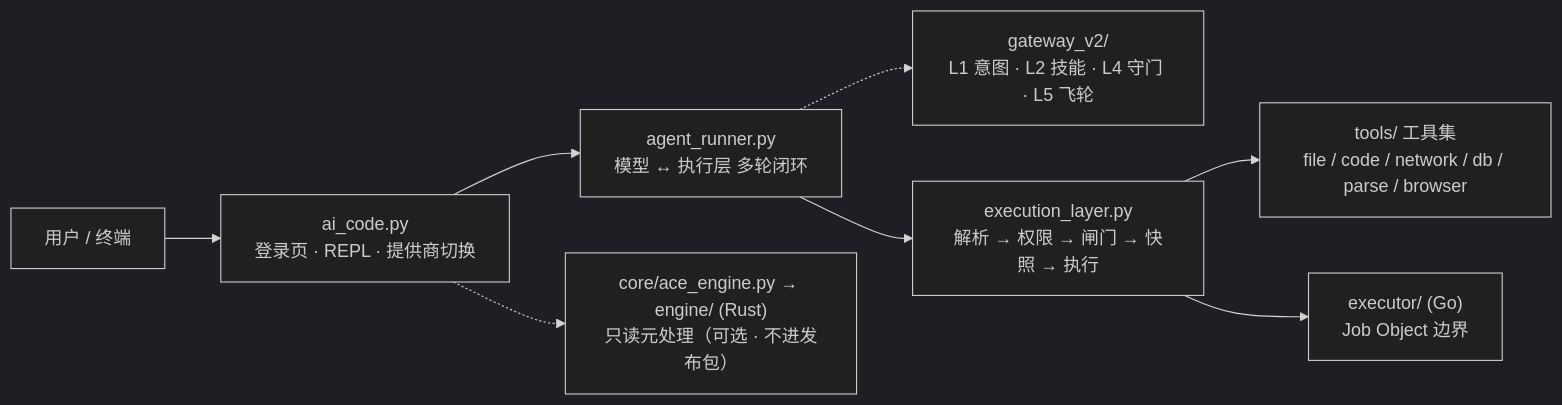
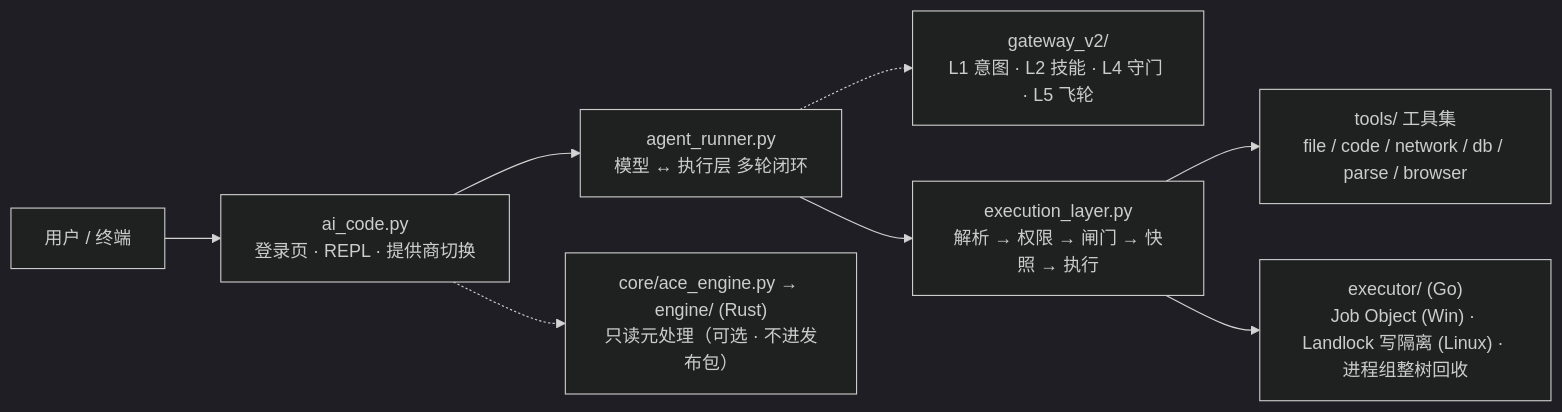
The diagram in docs/ARCHITECTURE.md (ace-code-engine/ace-agent), drawn with Mermaid (dark theme) before and after one commit. The commit also changed other lines of this file and 3 other files, not shown here.

````diff
--- a/docs/ARCHITECTURE.md
+++ b/docs/ARCHITECTURE.md
@@ -7,15 +7,15 @@
 ```mermaid
 flowchart LR
     U["用户 / 终端"]
     CLI["ai_code.py<br/>登录页 · REPL · 提供商切换"]
     LOOP["agent_runner.py<br/>模型 ↔ 执行层 多轮闭环"]
     GW["gateway_v2/<br/>L1 意图 · L2 技能 · L4 守门 · L5 飞轮"]
     EL["execution_layer.py<br/>解析 → 权限 → 闸门 → 快照 → 执行"]
     T["tools/ 工具集<br/>file / code / network / db / parse / browser"]
-    EX["executor/ (Go)<br/>Job Object 边界"]
+    EX["executor/ (Go)<br/>Job Object (Win) · Landlock 写隔离 (Linux) · 进程组整树回收"]
     ENG["core/ace_engine.py → engine/ (Rust)<br/>只读元处理（可选 · 不进发布包）"]
     U --> CLI --> LOOP --> EL --> T
     LOOP -.-> GW
     EL --> EX
     CLI -.-> ENG
 ```
````
